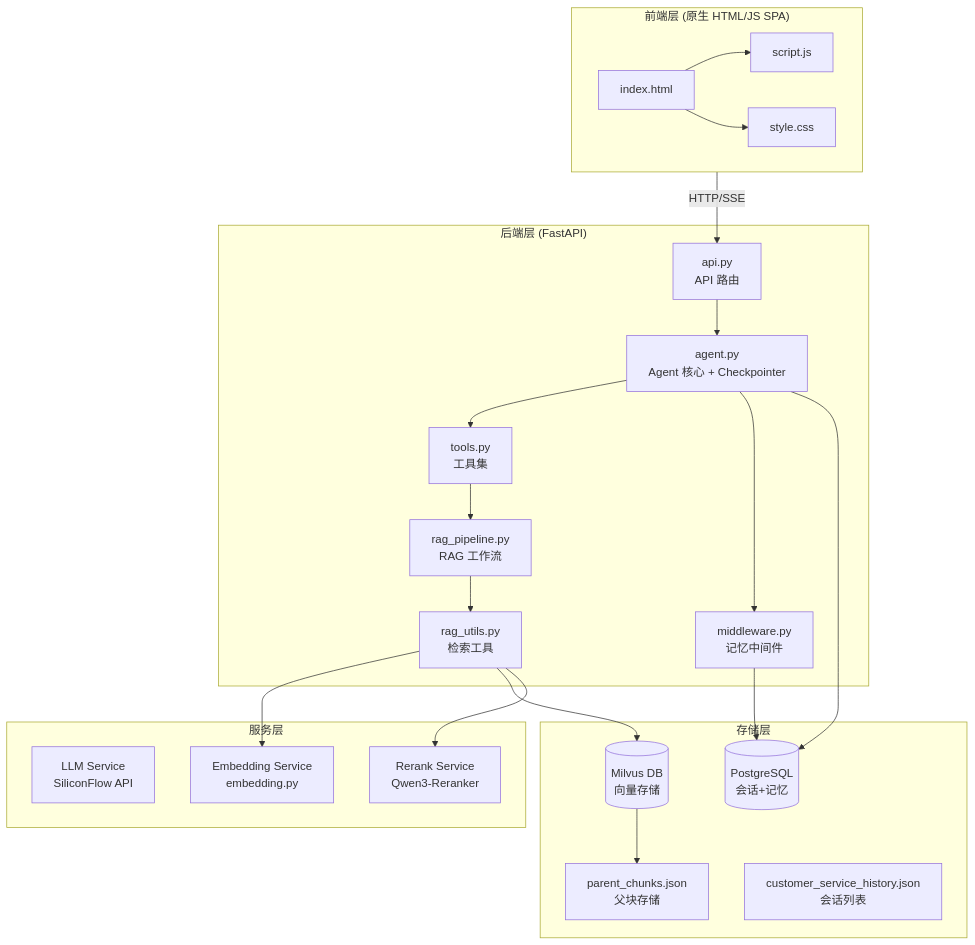
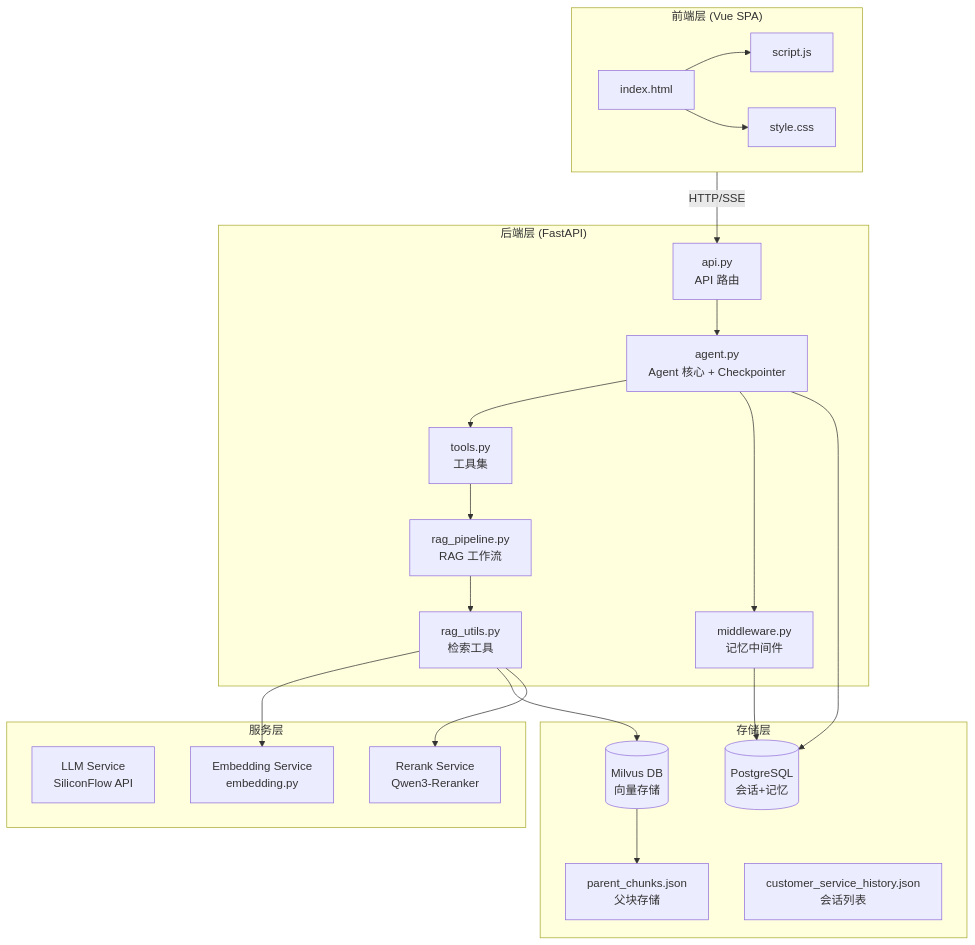
One commit to Chasen-Liao/SuperMew changed the first of 8 diagrams in sys-doc.md. Above: the diagram before and after it, drawn with Mermaid. The commit also changed other lines of this file and 2 other files, not shown here.

````diff
--- a/sys-doc.md
+++ b/sys-doc.md
@@ -72,45 +72,45 @@
 ```mermaid
 flowchart TB
-    subgraph Frontend["前端层 (原生 HTML/JS SPA)"]
+    subgraph Frontend["前端层 (Vue SPA)"]
         UI[index.html]
         JS[script.js]
         CSS[style.css]
         UI --> JS
         UI --> CSS
     end
 
     subgraph Backend["后端层 (FastAPI)"]
         APIRouter[api.py<br/>API 路由]
         AgentCore[agent.py<br/>Agent 核心 + Checkpointer]
         Tools[tools.py<br/>工具集]
         Middleware[middleware.py<br/>记忆中间件]
         RP[rag_pipeline.py<br/>RAG 工作流]
         RU[rag_utils.py<br/>检索工具]
     end
 
     subgraph Services["服务层"]
         LLM[LLM Service<br/>SiliconFlow API]
         Embedding[Embedding Service<br/>embedding.py]
         Rerank[Rerank Service<br/>Qwen3-Reranker]
     end
 
     subgraph Storage["存储层"]
         Milvus[(Milvus DB<br/>向量存储)]
         PostgreSQL[(PostgreSQL<br/>会话+记忆)]
         ParentChunks[parent_chunks.json<br/>父块存储]
         SessionsJSON[customer_service_history.json<br/>会话列表]
     end
 
     Frontend --> |HTTP/SSE| APIRouter
     APIRouter --> AgentCore
     AgentCore --> Tools
     AgentCore --> Middleware
     Middleware --> PostgreSQL
     Tools --> RP
     RP --> RU
     RU --> Embedding
     RU --> Milvus
     RU --> Rerank
     AgentCore --> PostgreSQL
     Milvus --> ParentChunks
 ```
````
